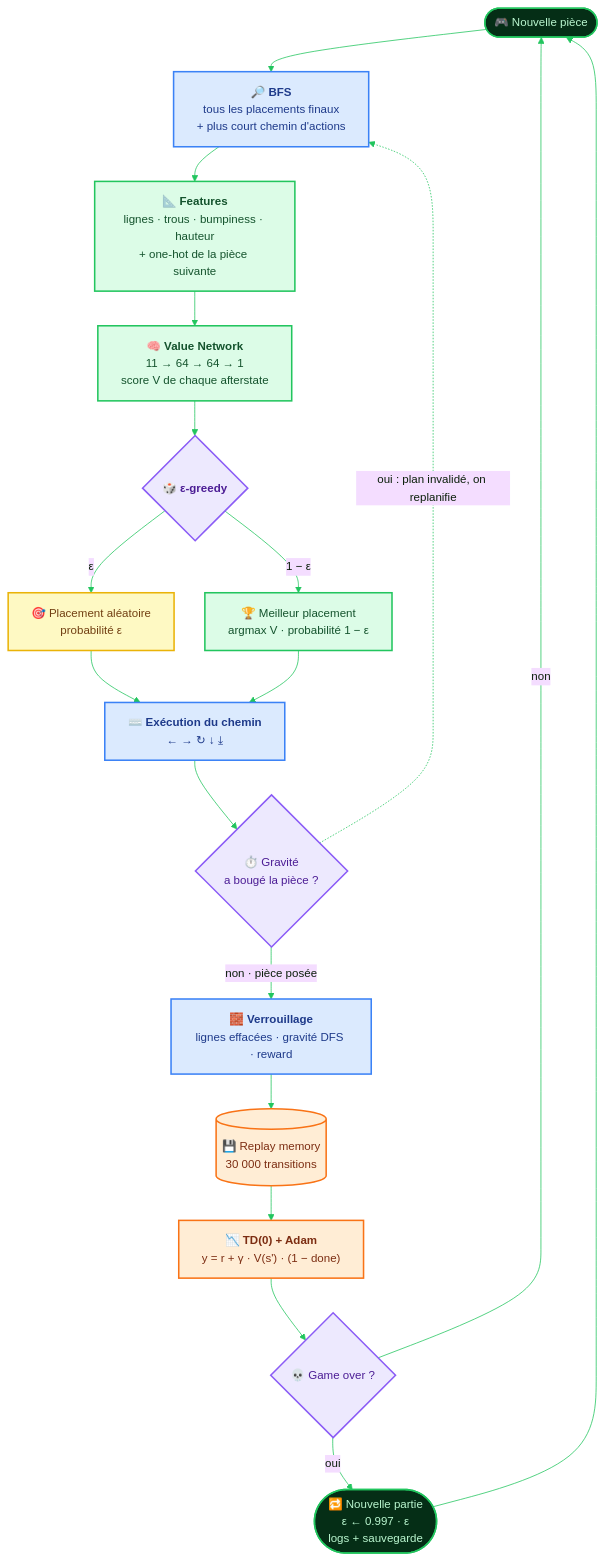
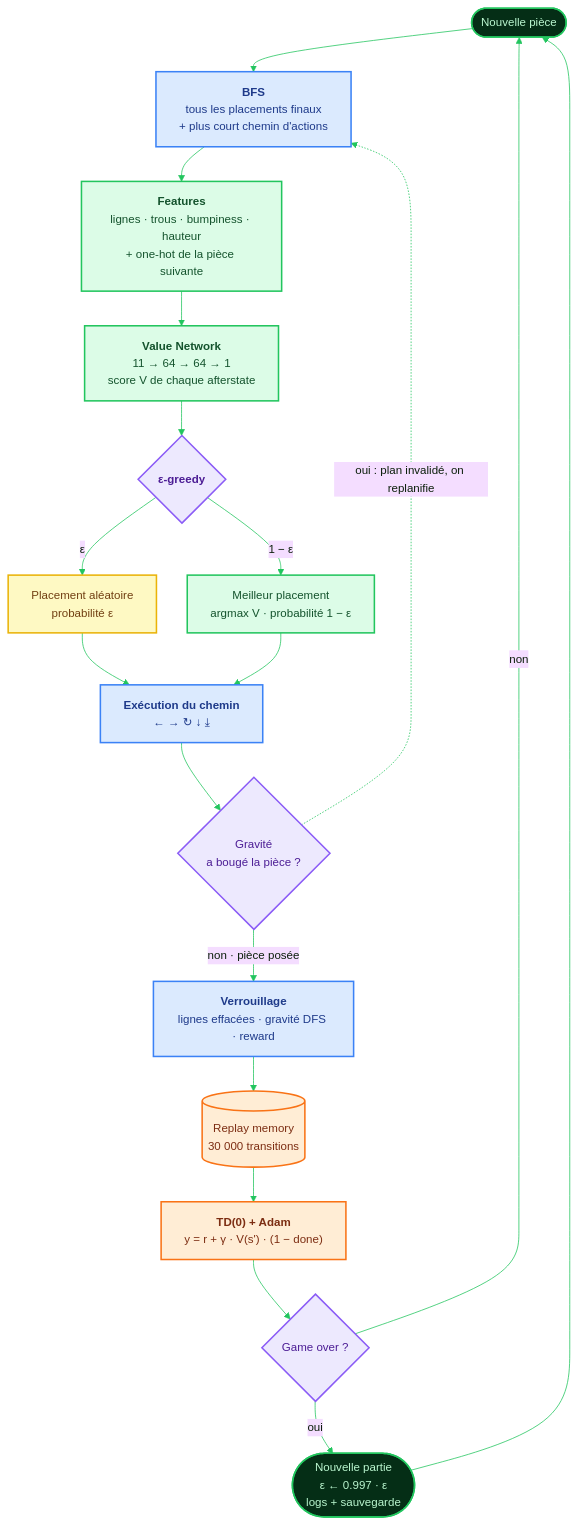
The diagram in README.md (MELSIDI/TETRIS_RL), drawn with Mermaid before and after one commit. The commit also changed other lines of this file, not shown here.

````diff
--- a/README.md
+++ b/README.md
@@ -80,37 +68,37 @@
 ```mermaid
 %%{init: {"theme": "base", "themeVariables": {"fontFamily": "monospace", "fontSize": "15px", "lineColor": "#22c55e", "primaryTextColor": "#0b1f0b"}, "flowchart": {"curve": "basis", "nodeSpacing": 40, "rankSpacing": 45}}}%%
 flowchart TD
-    P(["🎮 Nouvelle pièce"]):::start
-    B["🔎 <b>BFS</b><br/>tous les placements finaux<br/>+ plus court chemin d'actions"]:::env
-    F["📐 <b>Features</b><br/>lignes · trous · bumpiness · hauteur<br/>+ one-hot de la pièce suivante"]:::agent
-    V["🧠 <b>Value Network</b><br/>11 → 64 → 64 → 1<br/>score V de chaque afterstate"]:::agent
-    E{"🎲 <b>ε-greedy</b>"}:::decision
-    R["🎯 Placement aléatoire<br/>probabilité ε"]:::explore
-    G["🏆 Meilleur placement<br/>argmax V · probabilité 1 − ε"]:::agent
-    X["⌨️ <b>Exécution du chemin</b><br/>← → ↻ ↓ ⤓"]:::env
-    Q{"⏱️ Gravité<br/>a bougé la pièce ?"}:::decision
-    L["🧱 <b>Verrouillage</b><br/>lignes effacées · gravité DFS · reward"]:::env
-    M[("💾 Replay memory<br/>30 000 transitions")]:::learn
-    T["📉 <b>TD(0) + Adam</b><br/>y = r + γ · V(s') · (1 − done)"]:::learn
-    O{"💀 Game over ?"}:::decision
-    N(["🔁 Nouvelle partie<br/>ε ← 0.997 · ε<br/>logs + sauvegarde"]):::start
+    P([" Nouvelle pièce"]):::start
+    B[" <b>BFS</b><br/>tous les placements finaux<br/>+ plus court chemin d'actions"]:::env
+    F[" <b>Features</b><br/>lignes · trous · bumpiness · hauteur<br/>+ one-hot de la pièce suivante"]:::agent
+    V[" <b>Value Network</b><br/>11 → 64 → 64 → 1<br/>score V de chaque afterstate"]:::agent
+    E{" <b>ε-greedy</b>"}:::decision
+    R[" Placement aléatoire<br/>probabilité ε"]:::explore
+    G[" Meilleur placement<br/>argmax V · probabilité 1 − ε"]:::agent
+    X[" <b>Exécution du chemin</b><br/>← → ↻ ↓ ⤓"]:::env
+    Q{" Gravité<br/>a bougé la pièce ?"}:::decision
+    L[" <b>Verrouillage</b><br/>lignes effacées · gravité DFS · reward"]:::env
+    M[(" Replay memory<br/>30 000 transitions")]:::learn
+    T[" <b>TD(0) + Adam</b><br/>y = r + γ · V(s') · (1 − done)"]:::learn
+    O{" Game over ?"}:::decision
+    N([" Nouvelle partie<br/>ε ← 0.997 · ε<br/>logs + sauvegarde"]):::start
 
     P --> B --> F --> V --> E
     E -- "ε" --> R
     E -- "1 − ε" --> G
     R --> X
     G --> X
     X --> Q
     Q -. "oui : plan invalidé, on replanifie" .-> B
     Q -- "non · pièce posée" --> L
     L --> M --> T --> O
     O -- "non" --> P
     O -- "oui" --> N --> P
 
     classDef start fill:#052e16,stroke:#22c55e,stroke-width:2px,color:#bbf7d0
     classDef env fill:#dbeafe,stroke:#3b82f6,stroke-width:2px,color:#1e3a8a
     classDef agent fill:#dcfce7,stroke:#22c55e,stroke-width:2px,color:#14532d
     classDef explore fill:#fef9c3,stroke:#eab308,stroke-width:2px,color:#713f12
     classDef learn fill:#ffedd5,stroke:#f97316,stroke-width:2px,color:#7c2d12
     classDef decision fill:#ede9fe,stroke:#8b5cf6,stroke-width:2px,color:#4c1d95
 ```
````
